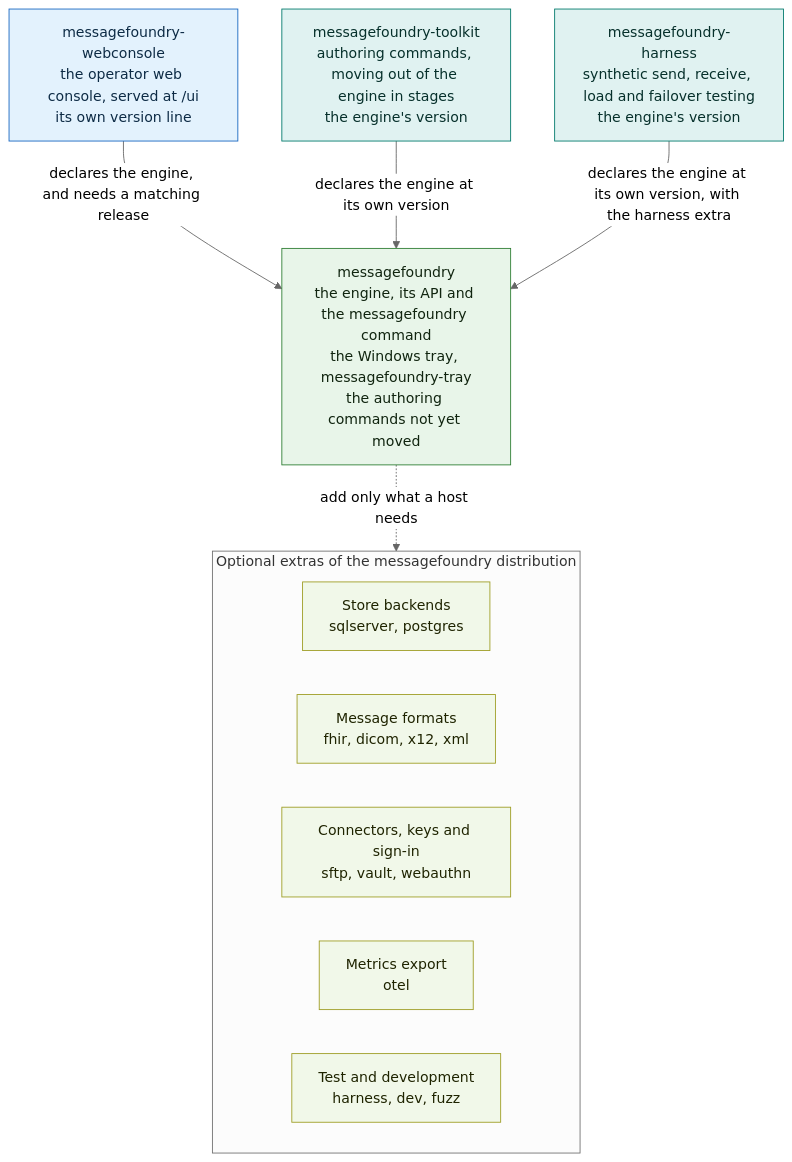
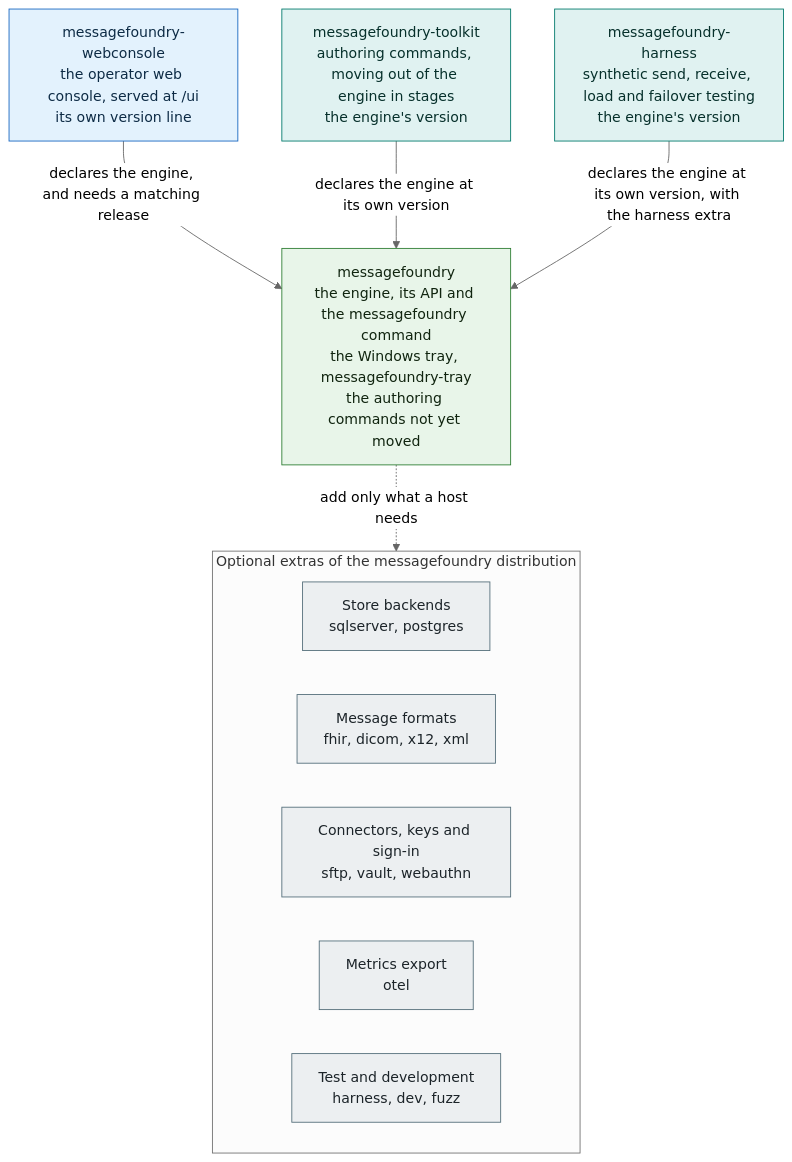
One commit to MEFORORG/MessageFoundry changed the diagram in docs/INSTALL-GUIDE.md. Above: the diagram before and after it, drawn with Mermaid (neutral theme). The commit also changed 2 other files, not shown here.

Commit message:
docs(diagrams): apply code-review round two to the three new diagrams
Promotion flow: move the Place step out of the promote-command group,
say Stage validates the workspace copy, mark that the gate reads one
environment's values, and put step-up on the pre-flight too.

Supply chain: scope the one-identity note to the release job, and say
the merge checks group is not the full set. Palette classes now match
their meaning in docs/architecture-diagram.md.

Proposed PR title: docs: add release chain, promotion flow and package map diagrams
Proposed ledger banner: SHIPPED - build and release chain diagram, promotion flow diagram (dev to staging to prod), package map diagram

````diff
--- a/docs/INSTALL-GUIDE.md
+++ b/docs/INSTALL-GUIDE.md
@@ -21,26 +21,26 @@
 ```mermaid
 flowchart TB
   classDef core fill:#e8f5e9,stroke:#2e7d32,color:#10240f;
   classDef opstool fill:#e3f2fd,stroke:#1565c0,color:#0d2b45;
   classDef devtool fill:#e0f2f1,stroke:#00796b,color:#06302b;
-  classDef cfg fill:#f1f8e9,stroke:#9e9d24,color:#1f2400;
+  classDef ext fill:#eceff1,stroke:#546e7a,color:#1c2429;
 
   CONSOLE["messagefoundry-webconsole<br/>the operator web console, served at /ui<br/>its own version line"]:::opstool
   TOOLKIT["messagefoundry-toolkit<br/>authoring commands, moving out of the engine in stages<br/>the engine's version"]:::devtool
   HARNESS["messagefoundry-harness<br/>synthetic send, receive, load and failover testing<br/>the engine's version"]:::devtool
 
   ENGINE["messagefoundry<br/>the engine, its API and the messagefoundry command<br/>the Windows tray, messagefoundry-tray<br/>the authoring commands not yet moved"]:::core
 
   subgraph EXTRAS["Optional extras of the messagefoundry distribution"]
-    XSTORE["Store backends<br/>sqlserver, postgres"]:::cfg
-    XFORMAT["Message formats<br/>fhir, dicom, x12, xml"]:::cfg
-    XCONN["Connectors, keys and sign-in<br/>sftp, vault, webauthn"]:::cfg
-    XMETRIC["Metrics export<br/>otel"]:::cfg
-    XTEST["Test and development<br/>harness, dev, fuzz"]:::cfg
+    XSTORE["Store backends<br/>sqlserver, postgres"]:::ext
+    XFORMAT["Message formats<br/>fhir, dicom, x12, xml"]:::ext
+    XCONN["Connectors, keys and sign-in<br/>sftp, vault, webauthn"]:::ext
+    XMETRIC["Metrics export<br/>otel"]:::ext
+    XTEST["Test and development<br/>harness, dev, fuzz"]:::ext
   end
 
   CONSOLE -->|"declares the engine, and needs a matching release"| ENGINE
   TOOLKIT -->|"declares the engine at its own version"| ENGINE
   HARNESS -->|"declares the engine at its own version, with the harness extra"| ENGINE
   ENGINE -.->|"add only what a host needs"| EXTRAS
 ```
````
